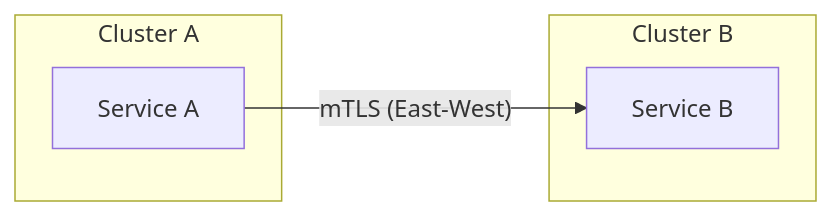
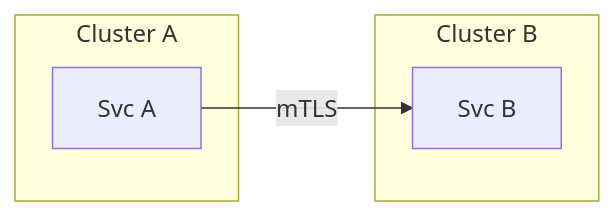
Before and after one commit to Devopstrio/hybrid-kubernetes-pattern: the fifth of 30 diagrams in README.md, drawn with Mermaid. The commit also changed other lines of this file, not shown here.

Commit message:
docs: expand README with 30+ architectural diagrams

````diff
--- a/README.md
+++ b/README.md
@@ -146,10 +70,10 @@
 ```mermaid
 graph LR
     subgraph "Cluster A"
-        SvcA[Service A]
+        A[Svc A]
     end
     subgraph "Cluster B"
-        SvcB[Service B]
+        B[Svc B]
     end
-    SvcA -- "mTLS (East-West)" --> SvcB
+    A -- mTLS --> B
 ```
````
